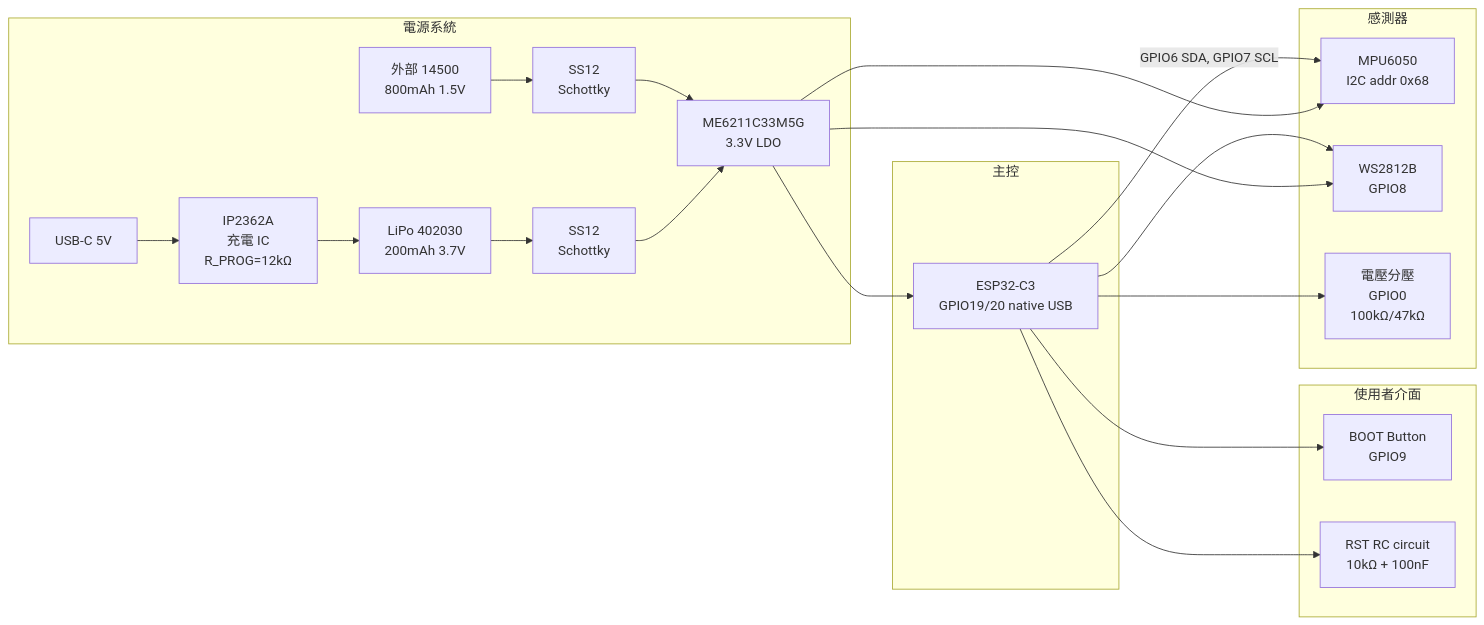
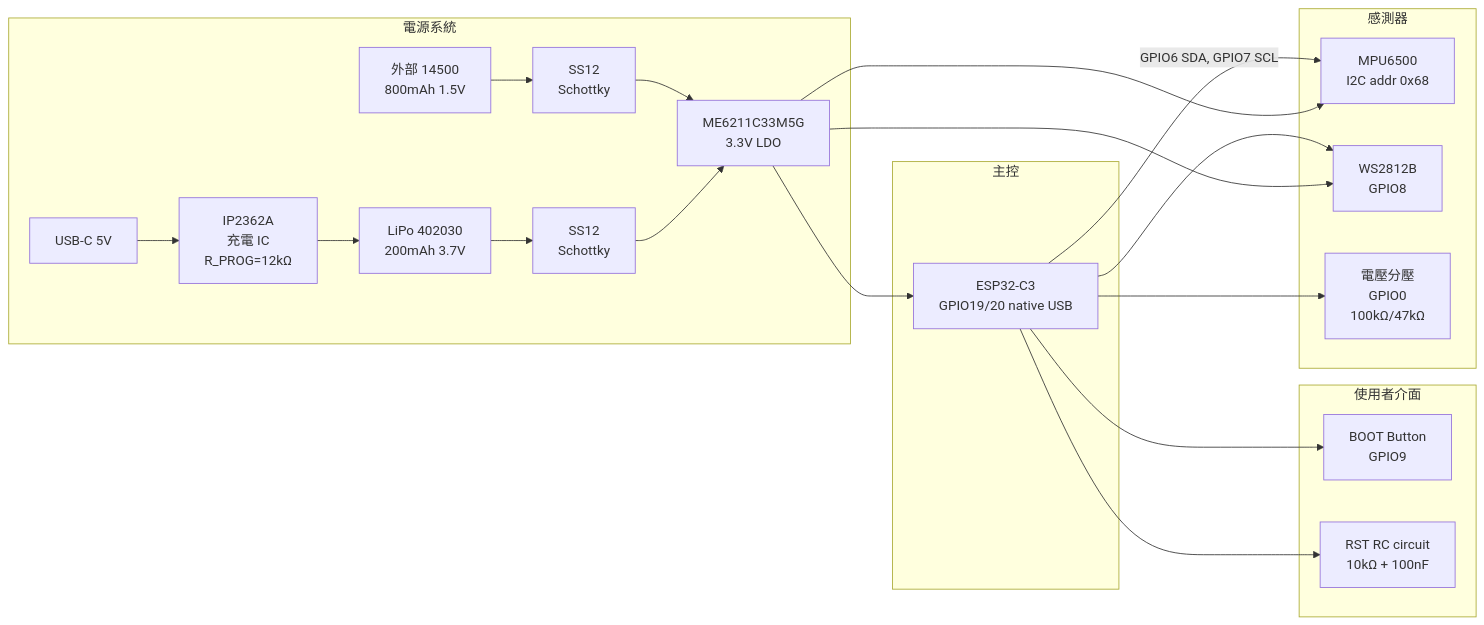
Before and after one commit to HMEAYC/NSTC: the second of 5 diagrams in .opencode/plans/development-plan.md, drawn with Mermaid. The commit also changed other lines of this file and 7 other files, not shown here.

````diff
--- a/.opencode/plans/development-plan.md
+++ b/.opencode/plans/development-plan.md
@@ -224,42 +224,42 @@
 ```mermaid
 graph LR
     subgraph Power["電源系統"]
         USB[USB-C 5V]
         IP2362A[IP2362A<br/>充電 IC<br/>R_PROG=12kΩ]
         LIPO[LiPo 402030<br/>200mAh 3.7V]
         EXT14500[外部 14500<br/>800mAh 1.5V]
         D1[SS12<br/>Schottky]
         D2[SS12<br/>Schottky]
         ME6211[ME6211C33M5G<br/>3.3V LDO]
     end
 
     subgraph MCU["主控"]
         ESP[ESP32-C3<br/>GPIO19/20 native USB]
     end
 
     subgraph Sensors["感測器"]
-        MPU[MPU6050<br/>I2C addr 0x68]
+        MPU[MPU6500<br/>I2C addr 0x68]
         WS2812[WS2812B<br/>GPIO8]
         BAT_ADC[電壓分壓<br/>GPIO0<br/>100kΩ/47kΩ]
     end
 
     subgraph IO["使用者介面"]
         BTN[BOOT Button<br/>GPIO9]
         RST[RST RC circuit<br/>10kΩ + 100nF]
     end
 
     USB --> IP2362A
     IP2362A --> LIPO
     LIPO --> D1
     EXT14500 --> D2
     D1 --> ME6211
     D2 --> ME6211
     ME6211 --> ESP
     ME6211 --> MPU
     ME6211 --> WS2812
     ESP -->|GPIO6 SDA, GPIO7 SCL| MPU
     ESP --> WS2812
     ESP --> BAT_ADC
     ESP --> BTN
     ESP --> RST
 ```
````
